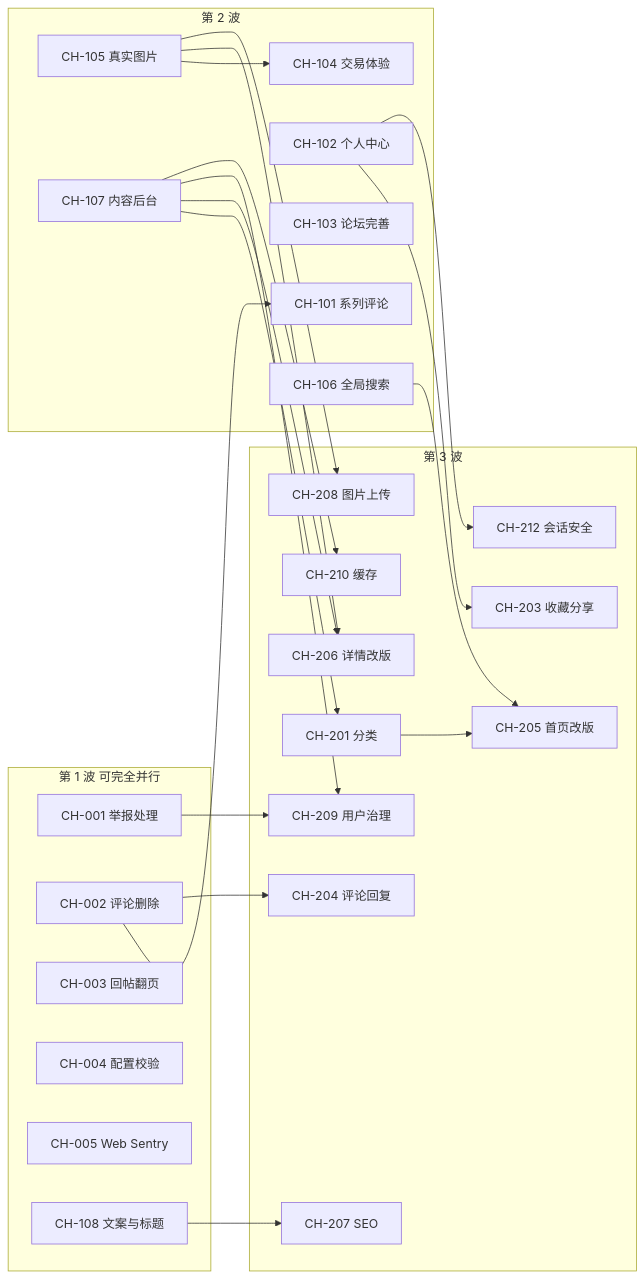
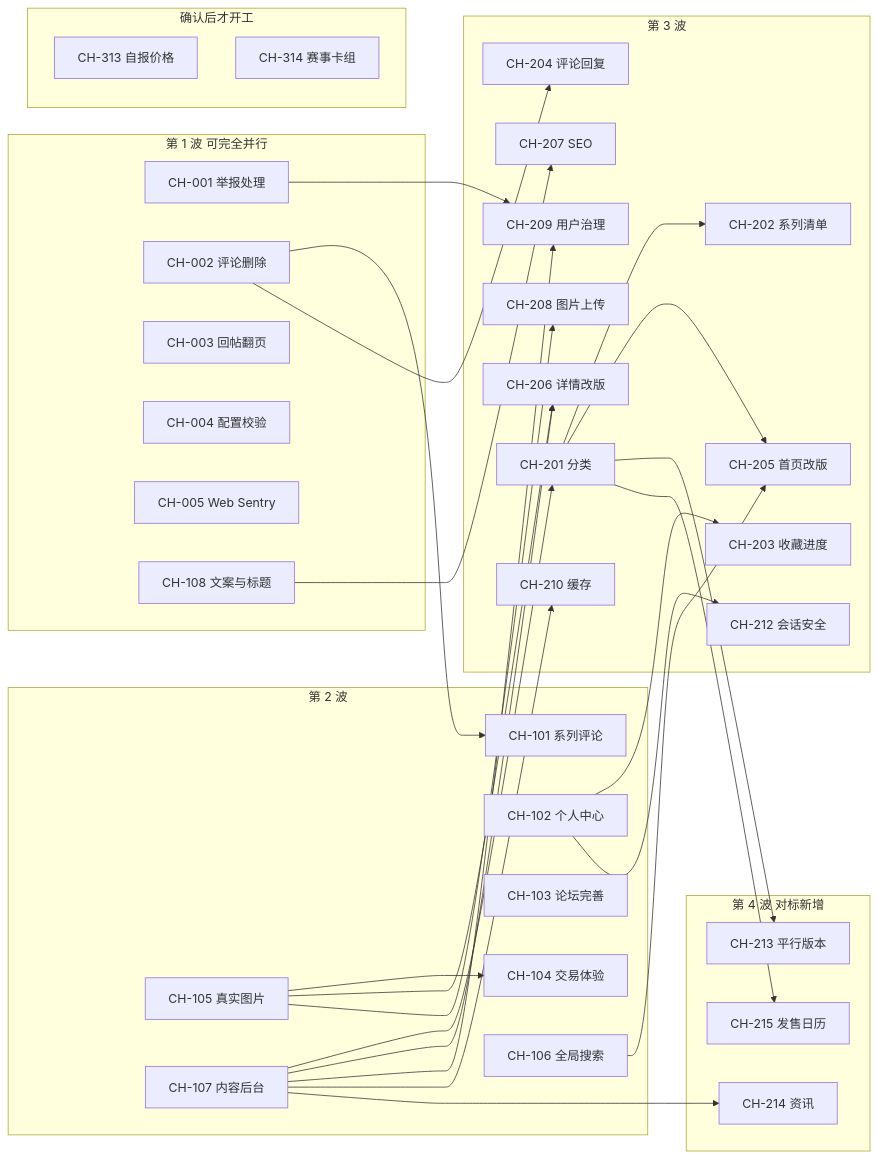
One commit to xv-jiaqi/multi-apps changed the diagram in docs/Cardhub/development-backlog.md. Above: the diagram before and after it, drawn with Mermaid. The commit also changed other lines of this file and 4 other files, not shown here.

````diff
--- a/docs/Cardhub/development-backlog.md
+++ b/docs/Cardhub/development-backlog.md
@@ -90,47 +95,61 @@
 ```mermaid
 flowchart LR
   subgraph W1[第 1 波 可完全并行]
     CH001[CH-001 举报处理]
     CH002[CH-002 评论删除]
     CH003[CH-003 回帖翻页]
     CH004[CH-004 配置校验]
     CH005[CH-005 Web Sentry]
     CH108[CH-108 文案与标题]
   end
   subgraph W2[第 2 波]
     CH101[CH-101 系列评论]
     CH102[CH-102 个人中心]
     CH103[CH-103 论坛完善]
     CH104[CH-104 交易体验]
     CH105[CH-105 真实图片]
     CH106[CH-106 全局搜索]
     CH107[CH-107 内容后台]
   end
   subgraph W3[第 3 波]
     CH201[CH-201 分类]
-    CH203[CH-203 收藏分享]
+    CH202[CH-202 系列清单]
+    CH203[CH-203 收藏进度]
     CH204[CH-204 评论回复]
     CH205[CH-205 首页改版]
     CH206[CH-206 详情改版]
     CH207[CH-207 SEO]
     CH208[CH-208 图片上传]
     CH209[CH-209 用户治理]
     CH210[CH-210 缓存]
     CH212[CH-212 会话安全]
   end
+  subgraph W4[第 4 波 对标新增]
+    CH213[CH-213 平行版本]
+    CH214[CH-214 资讯]
+    CH215[CH-215 发售日历]
+  end
+  subgraph W5[确认后才开工]
+    CH313[CH-313 自报价格]
+    CH314[CH-314 赛事卡组]
+  end
   CH002 --> CH101
   CH002 --> CH204
   CH001 --> CH209
   CH107 --> CH201
   CH107 --> CH206
   CH107 --> CH209
   CH107 --> CH210
+  CH107 --> CH214
   CH105 --> CH104
   CH105 --> CH206
   CH105 --> CH208
   CH102 --> CH203
   CH102 --> CH212
   CH108 --> CH207
+  CH201 --> CH202
   CH201 --> CH205
+  CH201 --> CH213
+  CH201 --> CH215
   CH106 --> CH205
 ```
````
